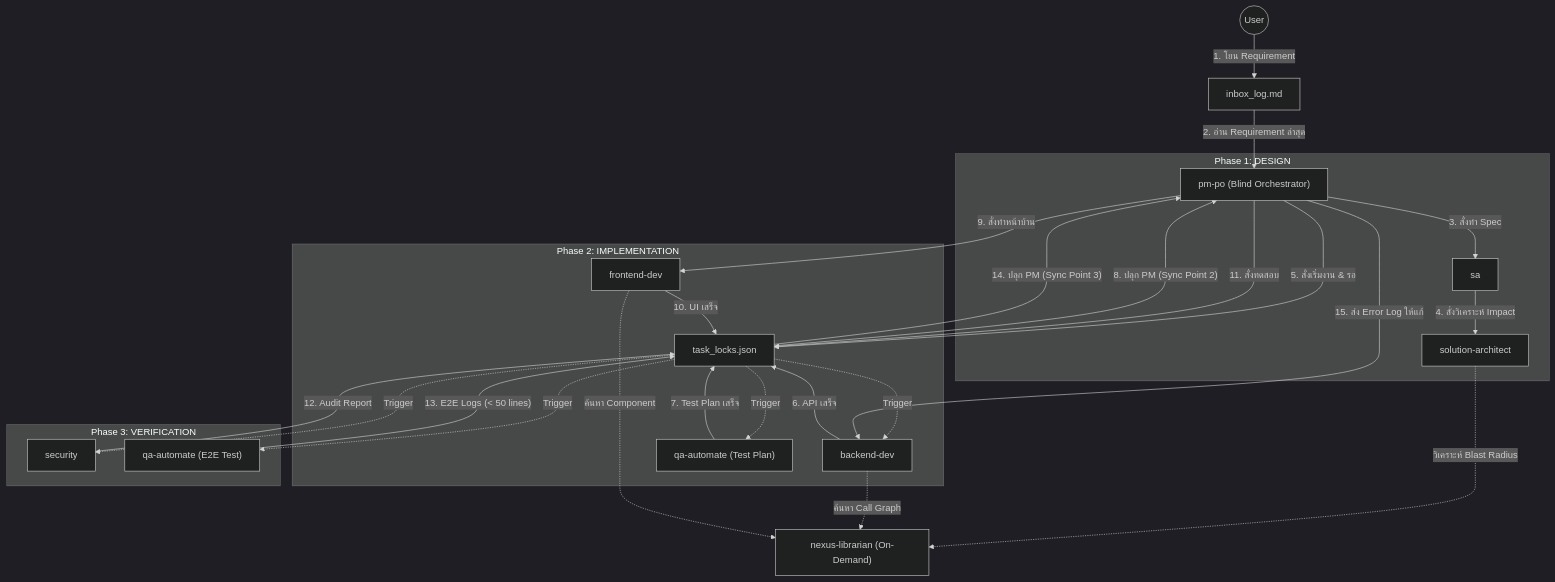
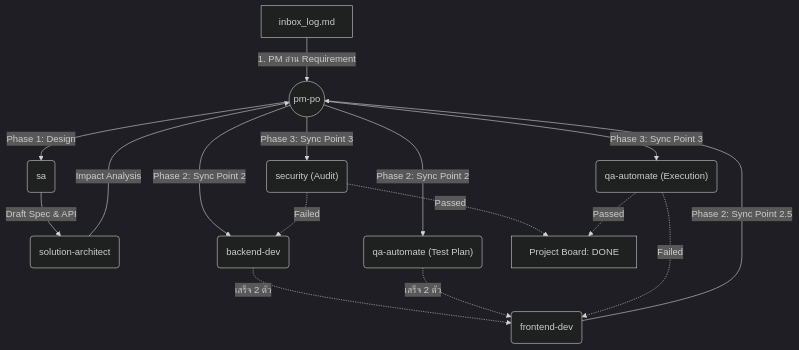
Before and after one commit to supat29182/gemini-agent-team-template: the first of 2 diagrams in README.md, drawn with Mermaid (dark theme). The commit also changed other lines of this file and 7 other files, not shown here.

````diff
--- a/README.md
+++ b/README.md
@@ -16,54 +16,22 @@
 ```mermaid
 graph TD
-    User(("User"))
-    PM["pm-po (Blind Orchestrator)"]
-    Librarian["nexus-librarian (On-Demand)"]
-    Inbox["inbox_log.md"]
-    Locks["task_locks.json"]
+    INBOX["inbox_log.md"] -->|"1. PM อ่าน Requirement"| PM(("pm-po"))
+    PM -->|"Phase 1: Design"| SA("sa")
+    SA -->|"Draft Spec & API"| ARCH("solution-architect")
+    ARCH -->|"Impact Analysis"| PM
     
-    User -->|"1. โยน Requirement"| Inbox
-    Inbox -->|"2. อ่าน Requirement ล่าสุด"| PM
+    PM -->|"Phase 2: Sync Point 2"| BACK("backend-dev")
+    PM -->|"Phase 2: Sync Point 2"| QA_P("qa-automate (Test Plan)")
+    BACK -.->|"เสร็จ 2 ตัว"| FRONT("frontend-dev")
+    QA_P -.->|"เสร็จ 2 ตัว"| FRONT
+    FRONT -->|"Phase 2: Sync Point 2.5"| PM
     
-    subgraph Phase 1: DESIGN
-        SA["sa"]
-        Arch["solution-architect"]
-        PM -->|"3. สั่งทำ Spec"| SA
-        SA -->|"4. สั่งวิเคราะห์ Impact"| Arch
-    end
+    PM -->|"Phase 3: Sync Point 3"| SEC("security (Audit)")
+    PM -->|"Phase 3: Sync Point 3"| QA_E("qa-automate (Execution)")
     
-    subgraph Phase 2: IMPLEMENTATION
-        Backend["backend-dev"]
-        QAPlan["qa-automate (Test Plan)"]
-        Frontend["frontend-dev"]
-        
-        PM -->|"5. สั่งเริ่มงาน & รอ"| Locks
-        Locks -.->|"Trigger"| Backend
-        Locks -.->|"Trigger"| QAPlan
-        
-        Backend -->|"6. API เสร็จ"| Locks
-        QAPlan -->|"7. Test Plan เสร็จ"| Locks
-        
-        Locks -->|"8. ปลุก PM (Sync Point 2)"| PM
-        PM -->|"9. สั่งทำหน้าบ้าน"| Frontend
-        Frontend -->|"10. UI เสร็จ"| Locks
-    end
+    SEC -.->|"Failed"| BACK
+    QA_E -.->|"Failed"| FRONT
     
-    subgraph Phase 3: VERIFICATION
-        Sec["security"]
-        QAExec["qa-automate (E2E Test)"]
-        
-        PM -->|"11. สั่งทดสอบ"| Locks
-        Locks -.->|"Trigger"| Sec
-        Locks -.->|"Trigger"| QAExec
-        
-        Sec -->|"12. Audit Report"| Locks
-        QAExec -->|"13. E2E Logs (< 50 lines)"| Locks
-    end
-    
-    Locks -->|"14. ปลุก PM (Sync Point 3)"| PM
-    PM -->|"15. ส่ง Error Log ให้แก้"| Backend
-    
-    Arch -.->|"วิเคราะห์ Blast Radius"| Librarian
-    Backend -.->|"ค้นหา Call Graph"| Librarian
-    Frontend -.->|"ค้นหา Component"| Librarian
+    SEC -.->|"Passed"| DONE["Project Board: DONE"]
+    QA_E -.->|"Passed"| DONE
 ```
````
